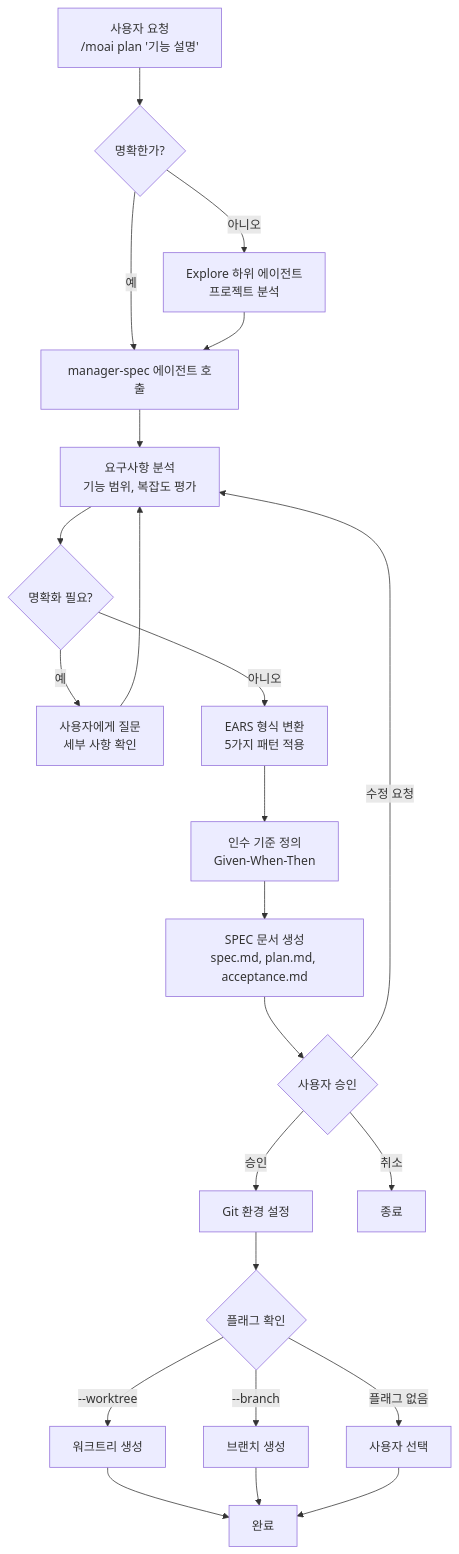
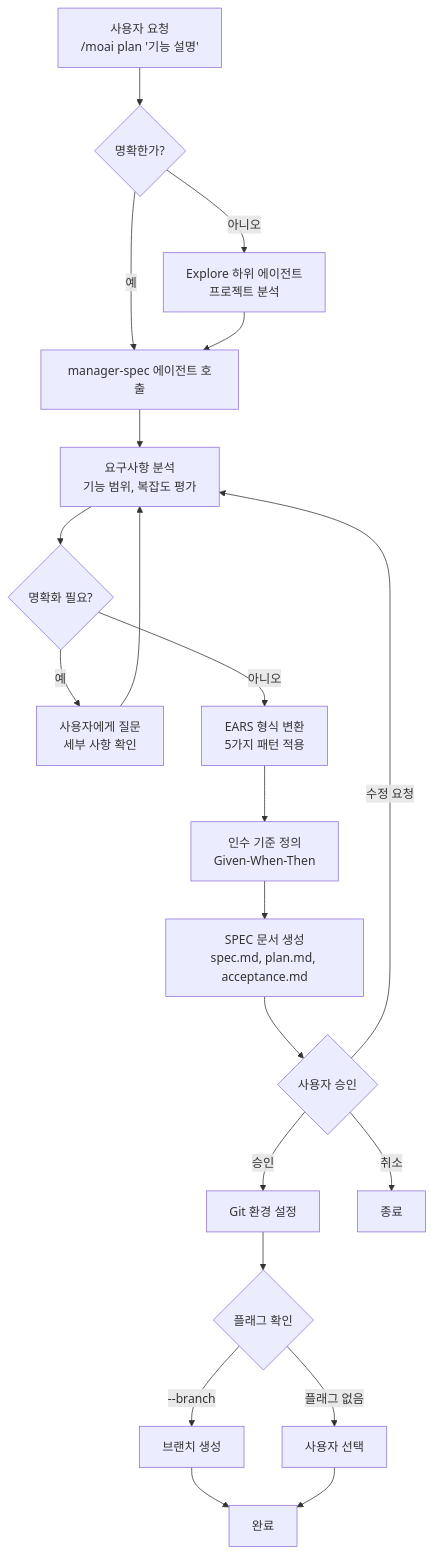
Before and after one commit to modu-ai/moai-adk: the first of 2 diagrams in docs-site/content/ko/workflow-commands/moai-plan.md, drawn with Mermaid. The commit also changed other lines of this file and 10 other files, not shown here.

````diff
--- a/docs-site/content/ko/workflow-commands/moai-plan.md
+++ b/docs-site/content/ko/workflow-commands/moai-plan.md
@@ -118,25 +116,23 @@
 ```mermaid
 flowchart TD
     A["사용자 요청<br/>/moai plan '기능 설명'"] --> B{명확한가?}
     B -->|아니오| C["Explore 하위 에이전트<br/>프로젝트 분석"]
     B -->|예| D["manager-spec 에이전트 호출"]
     C --> D
     D --> E["요구사항 분석<br/>기능 범위, 복잡도 평가"]
     E --> F{"명확화 필요?"}
     F -->|예| G["사용자에게 질문<br/>세부 사항 확인"]
     G --> E
     F -->|아니오| H["EARS 형식 변환<br/>5가지 패턴 적용"]
     H --> I["인수 기준 정의<br/>Given-When-Then"]
     I --> J["SPEC 문서 생성<br/>spec.md, plan.md, acceptance.md"]
     J --> K{"사용자 승인"}
     K -->|승인| L["Git 환경 설정"]
     K -->|수정 요청| E
     K -->|취소| M["종료"]
     L --> N{"플래그 확인"}
-    N -->|--worktree| O["워크트리 생성"]
     N -->|--branch| P["브랜치 생성"]
     N -->|플래그 없음| Q["사용자 선택"]
-    O --> R["완료"]
-    P --> R
+    P --> R["완료"]
     Q --> R
 ```
````
